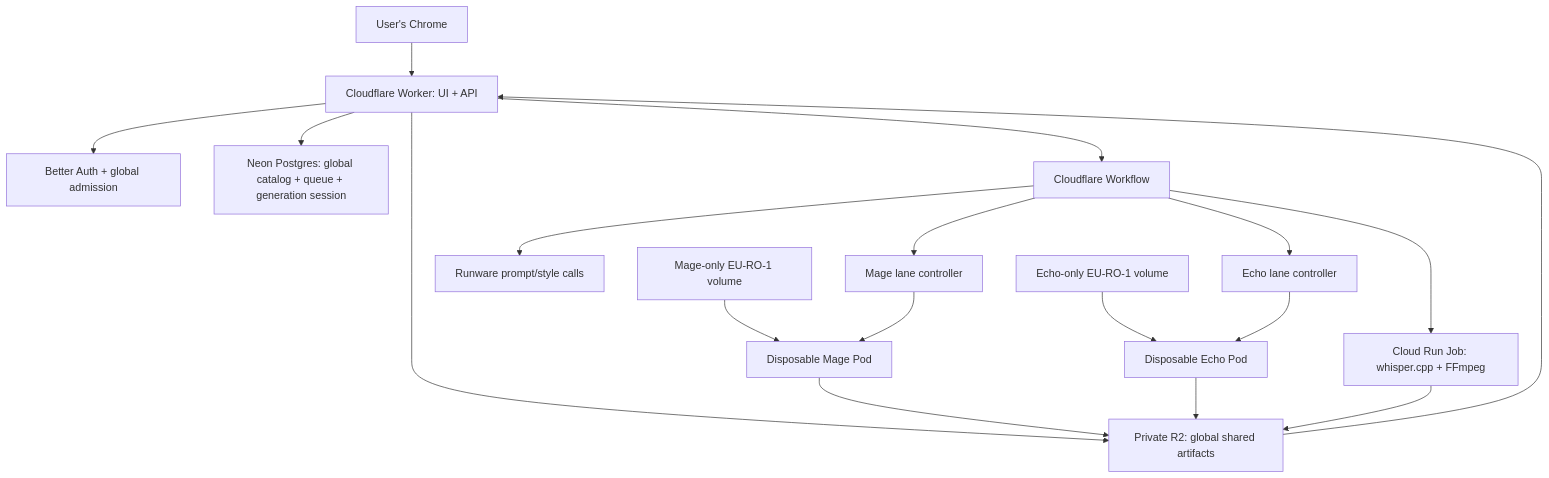
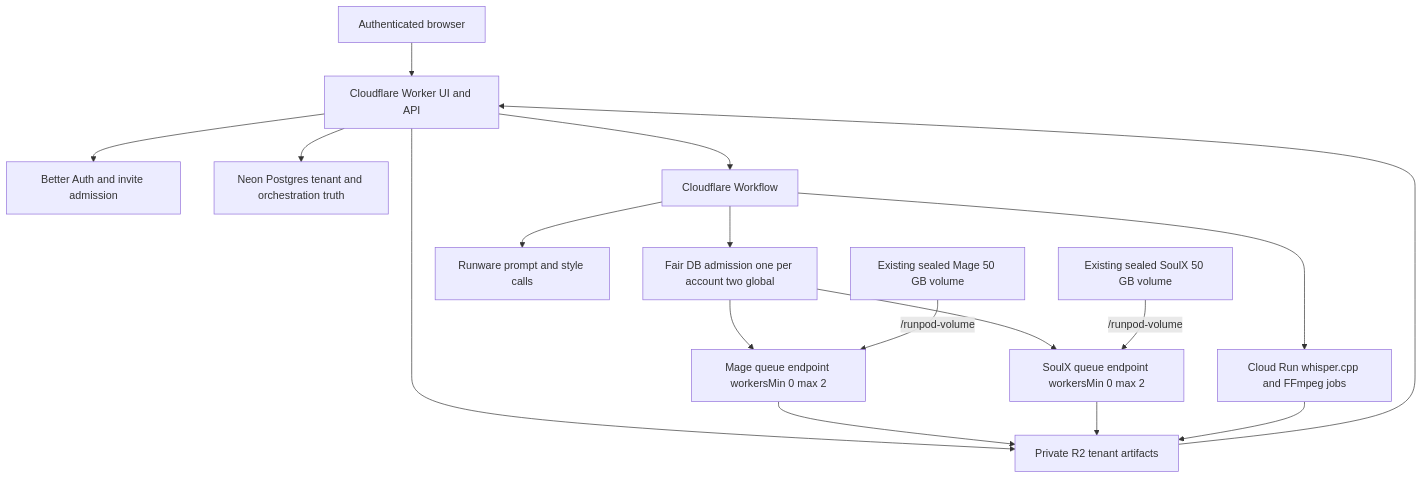
One commit to Pala-LakshmanSai/videoforge changed the diagram in project-context/06_SYSTEM_ARCHITECTURE.md. Above: the diagram before and after it, drawn with Mermaid. The commit also changed other lines of this file and 47 other files, not shown here.

Commit message:
Replace active roadmap with Serverless V2

````diff
--- a/project-context/06_SYSTEM_ARCHITECTURE.md
+++ b/project-context/06_SYSTEM_ARCHITECTURE.md
@@ -45,17 +43,18 @@
 ```mermaid
 flowchart TB
-    B["User's Chrome"] --> APP["Cloudflare Worker: UI + API"]
-    APP --> AUTH["Better Auth + global admission"]
-    APP --> PG["Neon Postgres: global catalog + queue + generation session"]
-    APP --> R2["Private R2: global shared artifacts"]
+    U["Authenticated browser"] --> APP["Cloudflare Worker UI and API"]
+    APP --> AUTH["Better Auth and invite admission"]
+    APP --> PG["Neon Postgres tenant and orchestration truth"]
+    APP --> R2["Private R2 tenant artifacts"]
     APP --> WF["Cloudflare Workflow"]
-    WF --> RW["Runware prompt/style calls"]
-    WF --> MC["Mage lane controller"] --> MP["Disposable Mage Pod"]
-    MV["Mage-only EU-RO-1 volume"] --> MP
-    WF --> EC["Echo lane controller"] --> EP["Disposable Echo Pod"]
-    EV["Echo-only EU-RO-1 volume"] --> EP
-    MP --> R2
-    EP --> R2
-    WF --> CPU["Cloud Run Job: whisper.cpp + FFmpeg"] --> R2
+    WF --> ADMIT["Fair DB admission one per account two global"]
+    WF --> RW["Runware prompt and style calls"]
+    ADMIT --> ME["Mage queue endpoint workersMin 0 max 2"]
+    ADMIT --> SE["SoulX queue endpoint workersMin 0 max 2"]
+    MV["Existing sealed Mage 50 GB volume"] -->|"/runpod-volume"| ME
+    SV["Existing sealed SoulX 50 GB volume"] -->|"/runpod-volume"| SE
+    ME --> R2
+    SE --> R2
+    WF --> CPU["Cloud Run whisper.cpp and FFmpeg jobs"] --> R2
     R2 --> APP
 ```
````
